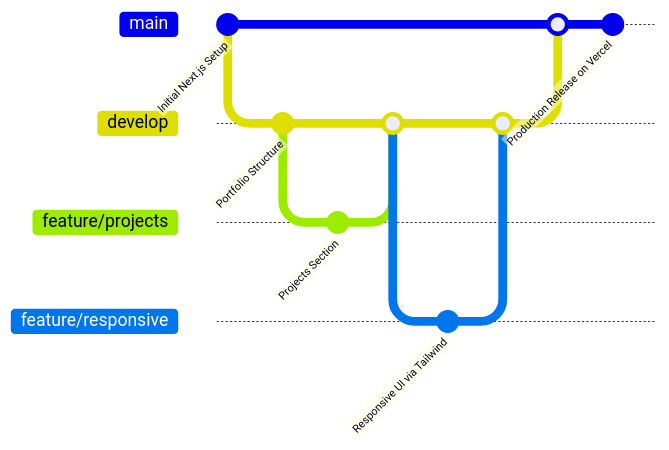
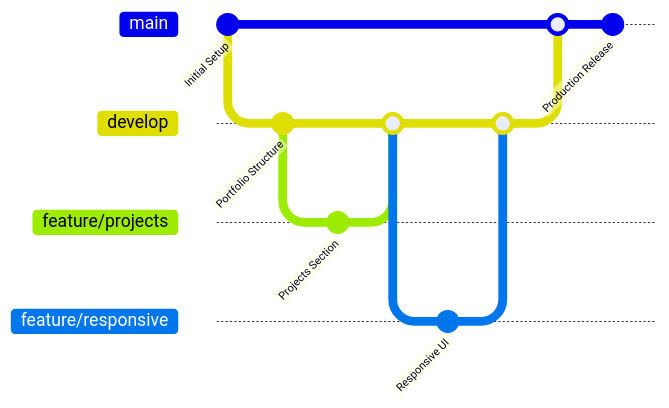
Before and after one commit to RishvinReddy/rishvin-reddy-portfolio: the eighth of 9 diagrams in README.md, drawn with Mermaid. The commit also changed other lines of this file and 2 other files, not shown here.

````diff
--- a/README.md
+++ b/README.md
@@ -673,20 +754,37 @@
 ```mermaid
 gitGraph
-    commit id: "Initial Next.js Setup"
+
+    commit id: "Initial Setup"
+
     branch develop
+
     checkout develop
+
     commit id: "Portfolio Structure"
+
     branch feature/projects
+
     checkout feature/projects
+
     commit id: "Projects Section"
+
     checkout develop
+
     merge feature/projects
+
     branch feature/responsive
+
     checkout feature/responsive
-    commit id: "Responsive UI via Tailwind"
+
+    commit id: "Responsive UI"
+
     checkout develop
+
     merge feature/responsive
+
     checkout main
+
     merge develop
-    commit id: "Production Release on Vercel"
+
+    commit id: "Production Release"
 ```
````
